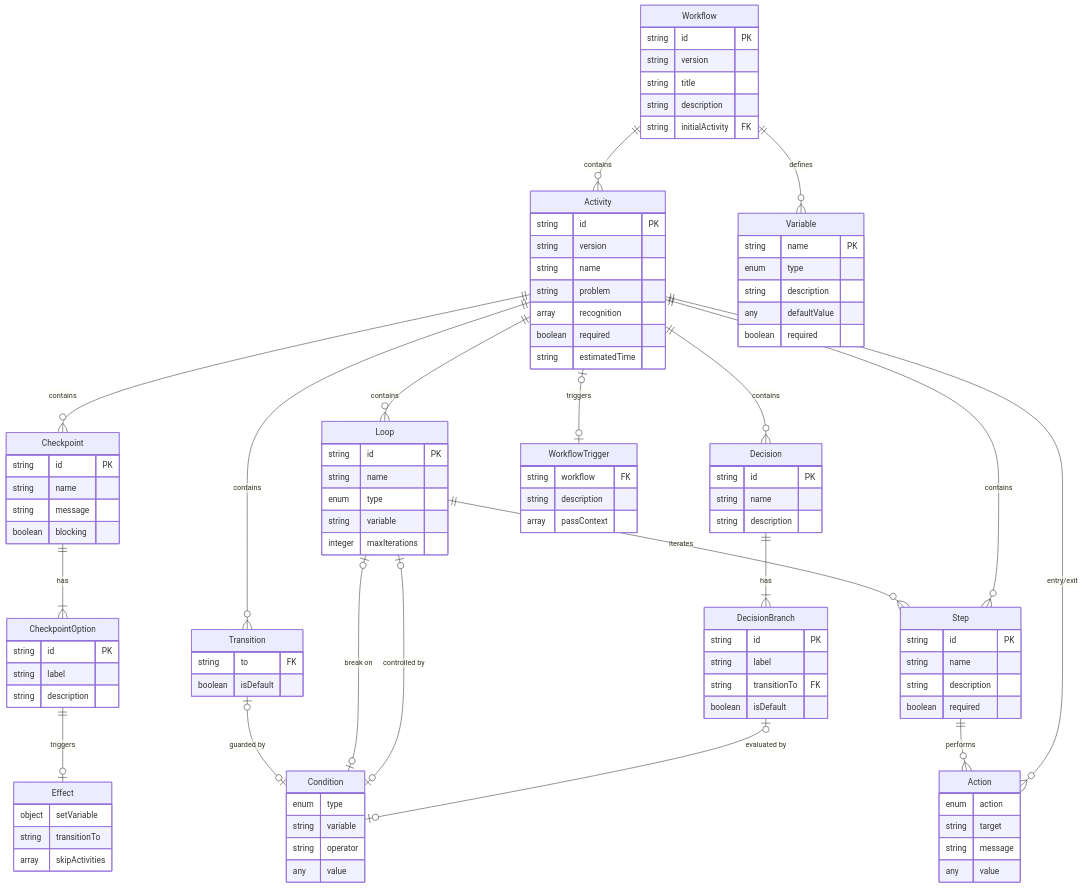
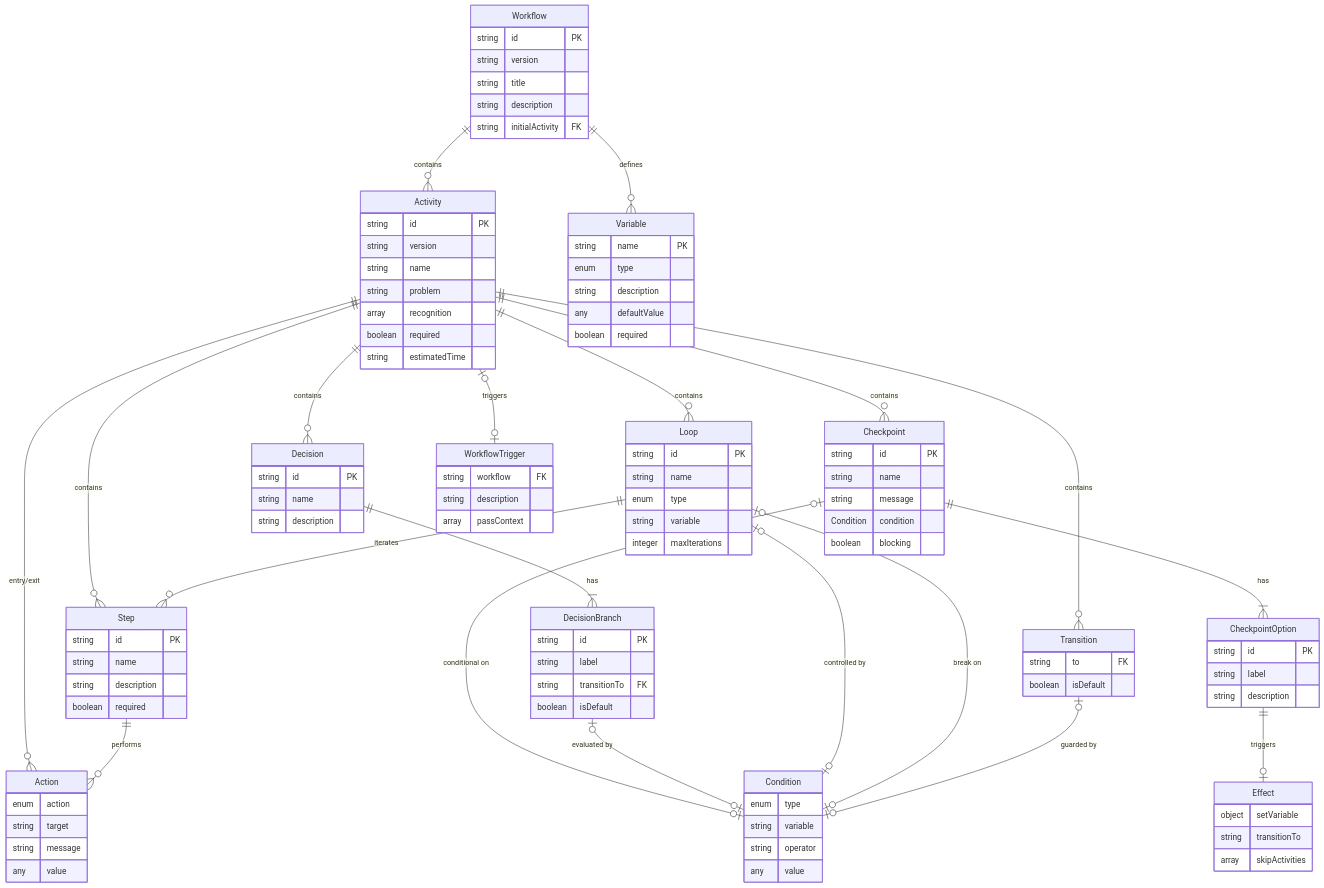
One commit to m2ux/workflow-server changed the third of 3 diagrams in schemas/README.md. Above: the diagram before and after it, drawn with Mermaid. The commit also changed other lines of this file and 2 other files, not shown here.

First line of the commit message:
feat: replace checkpoint prerequisite with formal condition field

```diff
--- a/schemas/README.md
+++ b/schemas/README.md
@@ -121,6 +122,7 @@
     
     Step ||--o{ Action : performs
     
+    Checkpoint |o--o| Condition : "conditional on"
     Checkpoint ||--|{ CheckpointOption : has
     CheckpointOption ||--o| Effect : triggers
     
@@ -162,6 +164,7 @@
         string id PK
         string name
         string message
+        Condition condition
         boolean blocking
     }
     
```
